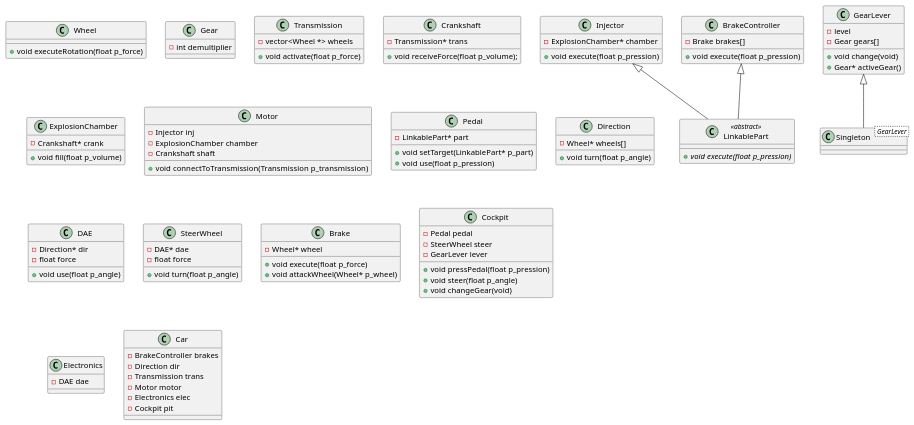
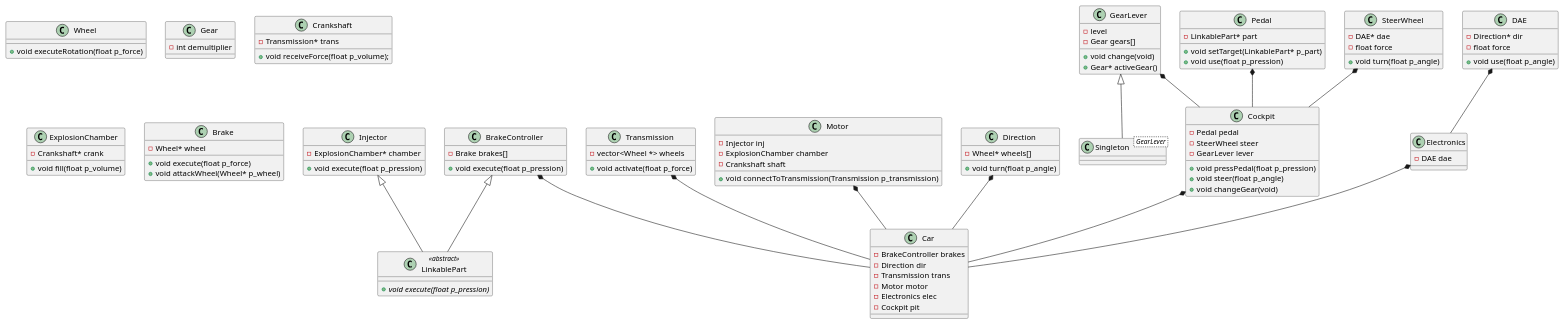
One commit to elleagn/piscine-object changed the diagram in 02/subject.puml. Above: the diagram before and after it, drawn with PlantUML.

Commit message:
Add some composition links

```diff
--- a/02/subject.puml
+++ b/02/subject.puml
@@ -1,112 +1,125 @@
 @startuml Car
 class LinkablePart <<abstract>> {
     {abstract} +void execute(float p_pression)
 }
 
 class Wheel {
     +void executeRotation(float p_force)
 }
 
 class Gear {
     -int demultiplier
 }
 
 class GearLever {
     -level
     - Gear gears[]
     +void change(void)
     +Gear* activeGear()
 }
 
 class Singleton< GearLever > {
 
 }
 
 class Transmission {
     -vector<Wheel *> wheels
     +void activate(float p_force)
 }
 
 class Crankshaft {
     -Transmission* trans
     +void receiveForce(float p_volume);
 }
 
 class ExplosionChamber {
     -Crankshaft* crank
     +void fill(float p_volume)
 }
 
 class Injector {
     -ExplosionChamber* chamber
     +void execute(float p_pression)
 }
 
 class Motor {
     -Injector inj
     -ExplosionChamber chamber
     -Crankshaft shaft
     +void connectToTransmission(Transmission p_transmission)
 }
 
 class Pedal {
     -LinkablePart* part
     +void setTarget(LinkablePart* p_part)
     +void use(float p_pression)
 }
 
 class Direction {
     -Wheel* wheels[]
     +void turn(float p_angle)
 }
 
 class DAE {
     -Direction* dir
     -float force
     +void use(float p_angle)
 }
 
 class SteerWheel {
     -DAE* dae
     -float force
     +void turn(float p_angle)
 }
 
 class Brake {
     -Wheel* wheel
     +void execute(float p_force)
     +void attackWheel(Wheel* p_wheel)
 }
 
 class BrakeController {
     -Brake brakes[]
     +void execute(float p_pression)
 }
 
 class Cockpit {
     -Pedal pedal
     -SteerWheel steer
     -GearLever lever
     +void pressPedal(float p_pression)
     +void steer(float p_angle)
     +void changeGear(void)
 }
 
 class Electronics {
     -DAE dae
 }
 
 class Car {
     -BrakeController brakes
     -Direction dir
     -Transmission trans
     -Motor motor
     -Electronics elec
     -Cockpit pit
 }
 
 BrakeController <|-- LinkablePart
 Injector <|-- LinkablePart
 GearLever <|-- Singleton
 
+BrakeController *-- Car
+Direction *-- Car
+Transmission *-- Car
+Motor *-- Car
+Electronics *-- Car
+Cockpit *-- Car
+
+DAE *-- Electronics
+
+Pedal *-- Cockpit
+SteerWheel *-- Cockpit
+GearLever *-- Cockpit
+
 @enduml
```
